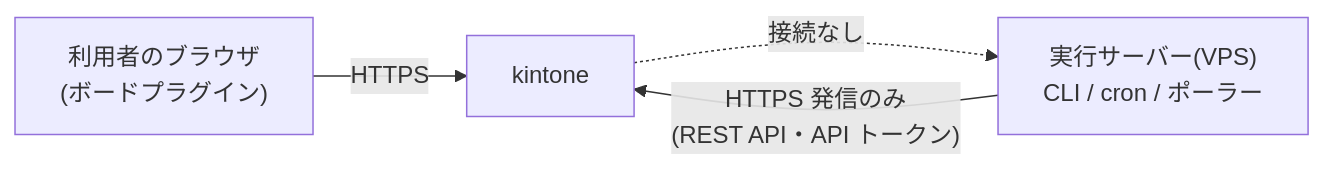
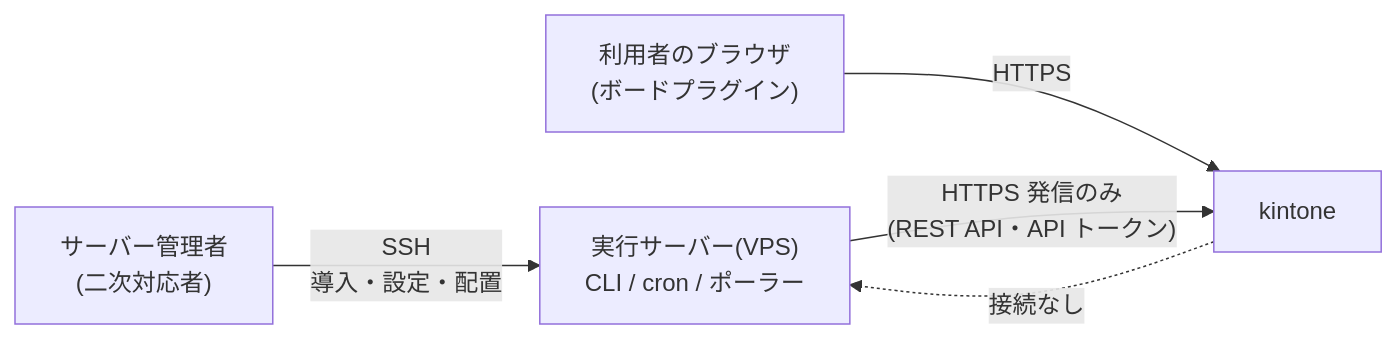
One commit to rex0220/ksql-flownet changed the third of 7 diagrams in docs/specification.md. Above: the diagram before and after it, drawn with Mermaid. The commit also changed other lines of this file, not shown here.

Commit message:
docs: §2.2へ実行サーバー上の構築・変更はすべてSSHで行うことを明記(図に管理者→VPSのSSH経路を追加)

````diff
--- a/docs/specification.md
+++ b/docs/specification.md
@@ -149,6 +151,7 @@
 ```mermaid
 flowchart LR
+  Admin["サーバー管理者<br>(二次対応者)"] -->|"SSH<br>導入・設定・配置"| VPS["実行サーバー(VPS)<br>CLI / cron / ポーラー"]
   Browser["利用者のブラウザ<br>(ボードプラグイン)"] -->|"HTTPS"| KT["kintone"]
-  VPS["実行サーバー(VPS)<br>CLI / cron / ポーラー"] -->|"HTTPS 発信のみ<br>(REST API・API トークン)"| KT
+  VPS -->|"HTTPS 発信のみ<br>(REST API・API トークン)"| KT
   KT -.->|"接続なし"| VPS
 ```
````
